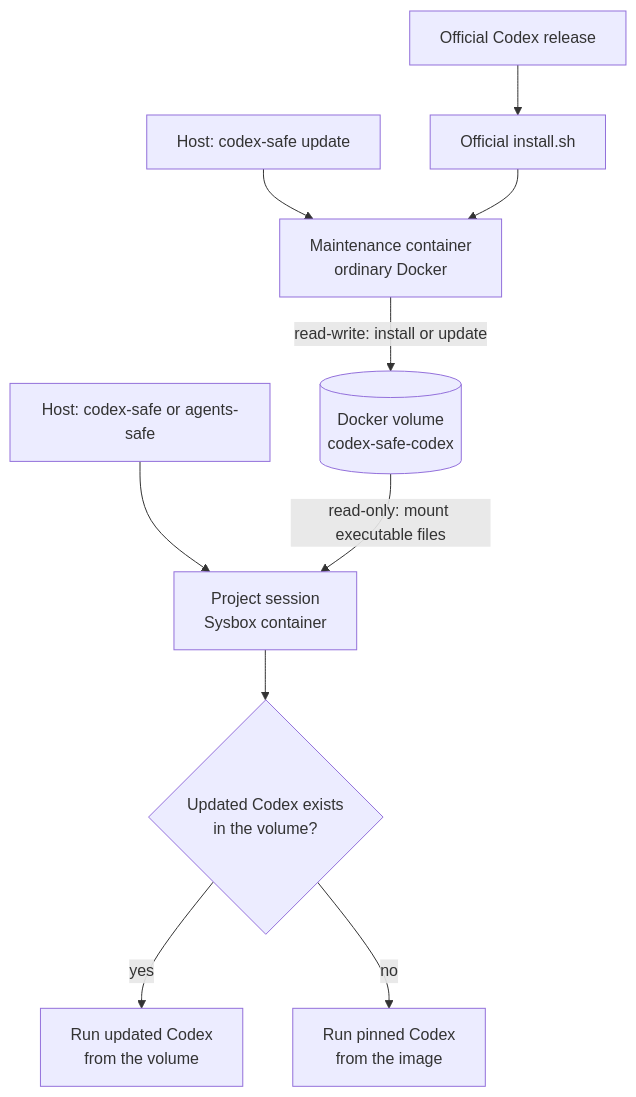
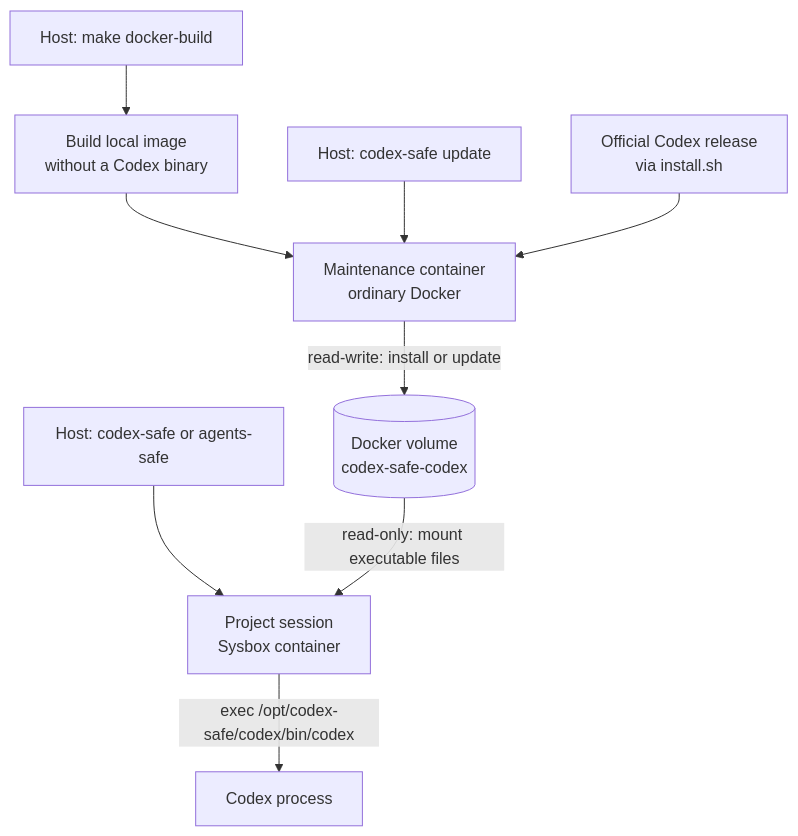
Before and after one commit to vkuptcov/agents-safe-environment: the diagram in docs/design-docs/persistent-codex-installation.md, drawn with Mermaid. The commit also changed other lines of this file and 16 other files, not shown here.

````diff
--- a/docs/design-docs/persistent-codex-installation.md
+++ b/docs/design-docs/persistent-codex-installation.md
@@ -29,13 +31,12 @@
 ```mermaid
 flowchart TB
-    UpdateCommand["Host: codex-safe update"] --> Updater["Maintenance container<br/>ordinary Docker"]
-    Release["Official Codex release"] --> Installer["Official install.sh"]
-    Installer --> Updater
+    BuildCommand["Host: make docker-build"] --> Image["Build local image<br/>without a Codex binary"]
+    Image --> Updater["Maintenance container<br/>ordinary Docker"]
+    UpdateCommand["Host: codex-safe update"] --> Updater
+    Release["Official Codex release<br/>via install.sh"] --> Updater
     Updater -->|"read-write: install or update"| Volume[("Docker volume<br/>codex-safe-codex")]
 
     SessionCommand["Host: codex-safe or agents-safe"] --> Session["Project session<br/>Sysbox container"]
     Volume -->|"read-only: mount executable files"| Session
-    Session --> Dispatcher{"Updated Codex exists<br/>in the volume?"}
-    Dispatcher -->|"yes"| Updated["Run updated Codex<br/>from the volume"]
-    Dispatcher -->|"no"| Bootstrap["Run pinned Codex<br/>from the image"]
+    Session -->|"exec /opt/codex-safe/codex/bin/codex"| Process["Codex process"]
 ```
````
